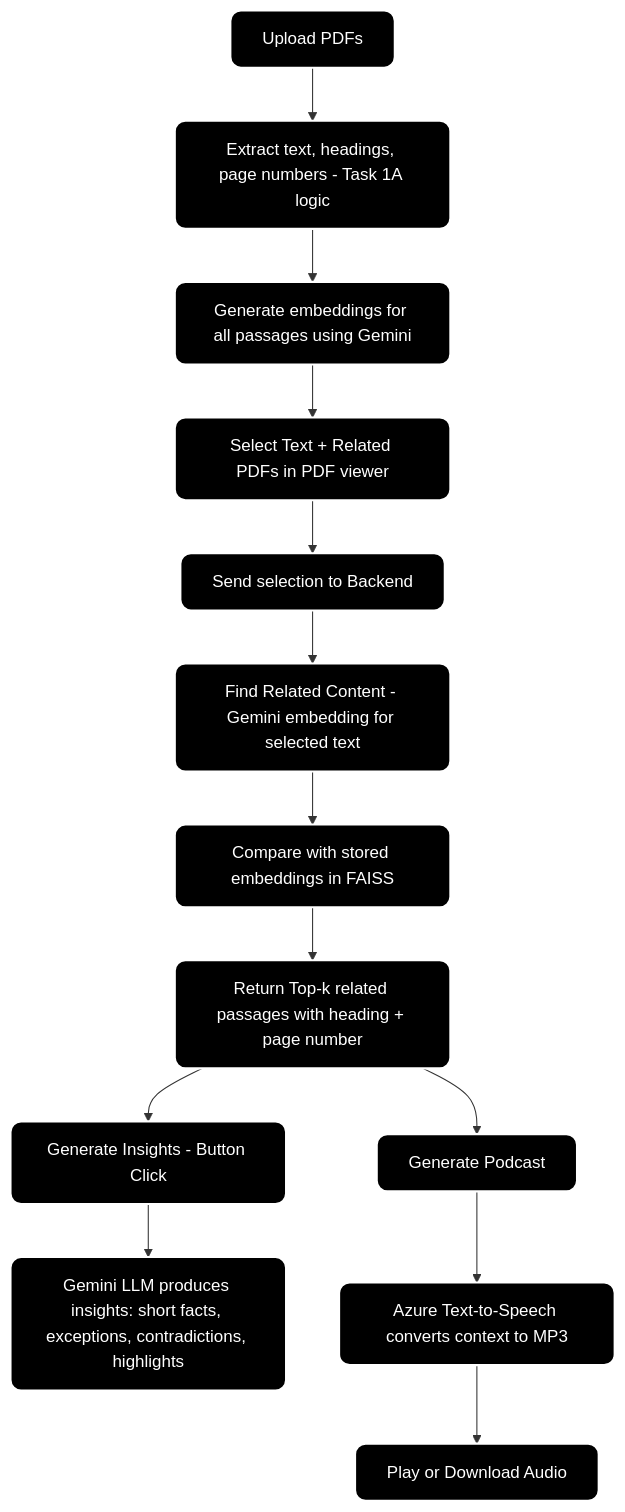
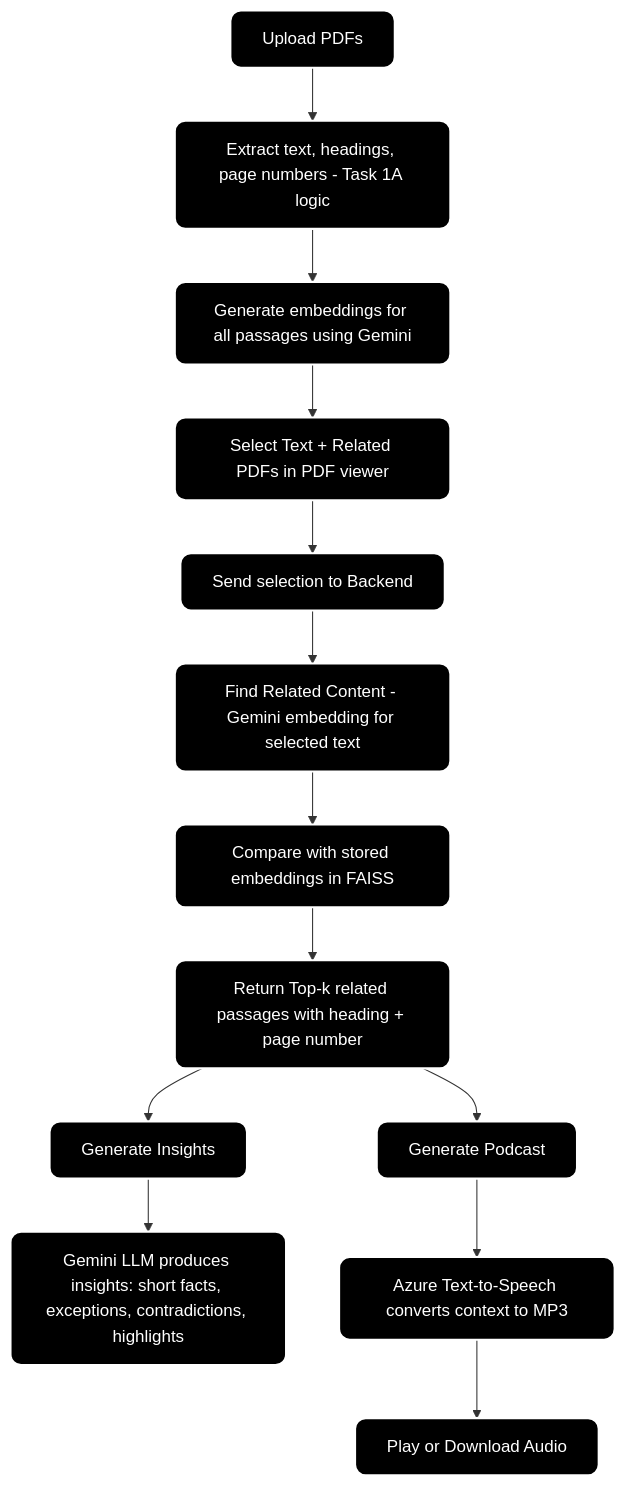
One commit to vishal09dream/adobe-pdf-project changed the first of 2 diagrams in Logic_workflow.md. Above: the diagram before and after it, drawn with Mermaid.

````diff
--- a/Logic_workflow.md
+++ b/Logic_workflow.md
@@ -200,33 +200,33 @@
 ```mermaid
 flowchart TD
     A[Upload PDFs] --> B[Extract text, headings, page numbers - Task 1A logic]
     B --> C[Generate embeddings for all passages using Gemini]
     C --> D[Select Text + Related PDFs in PDF viewer]
     D --> E[Send selection to Backend]
     E --> F[Find Related Content - Gemini embedding for selected text]
     F --> G[Compare with stored embeddings in FAISS]
     G --> H[Return Top-k related passages with heading + page number]
-    H --> I[Generate Insights - Button Click]
+    H --> I[Generate Insights]
     I --> J[Gemini LLM produces insights: short facts, exceptions, contradictions, highlights]
     H --> K[Generate Podcast]
     K --> L[Azure Text-to-Speech converts context to MP3]
     L --> M[Play or Download Audio]
 
     %% Styling - put these at the bottom
     classDef step fill:#000000,stroke:#FFFFFF,stroke-width:2px,rx:10,ry:10;
     class A,B,C,D,E,F,G,H,I,J,K,L,M step;
     style A color:#FFFFFF
     style B color:#FFFFFF
     style C color:#FFFFFF
     style D color:#FFFFFF
     style E color:#FFFFFF
     style F color:#FFFFFF
     style G color:#FFFFFF
     style H color:#FFFFFF
     style I color:#FFFFFF
     style J color:#FFFFFF
     style K color:#FFFFFF
     style L color:#FFFFFF
     style M color:#FFFFFF
 
 ```
````
